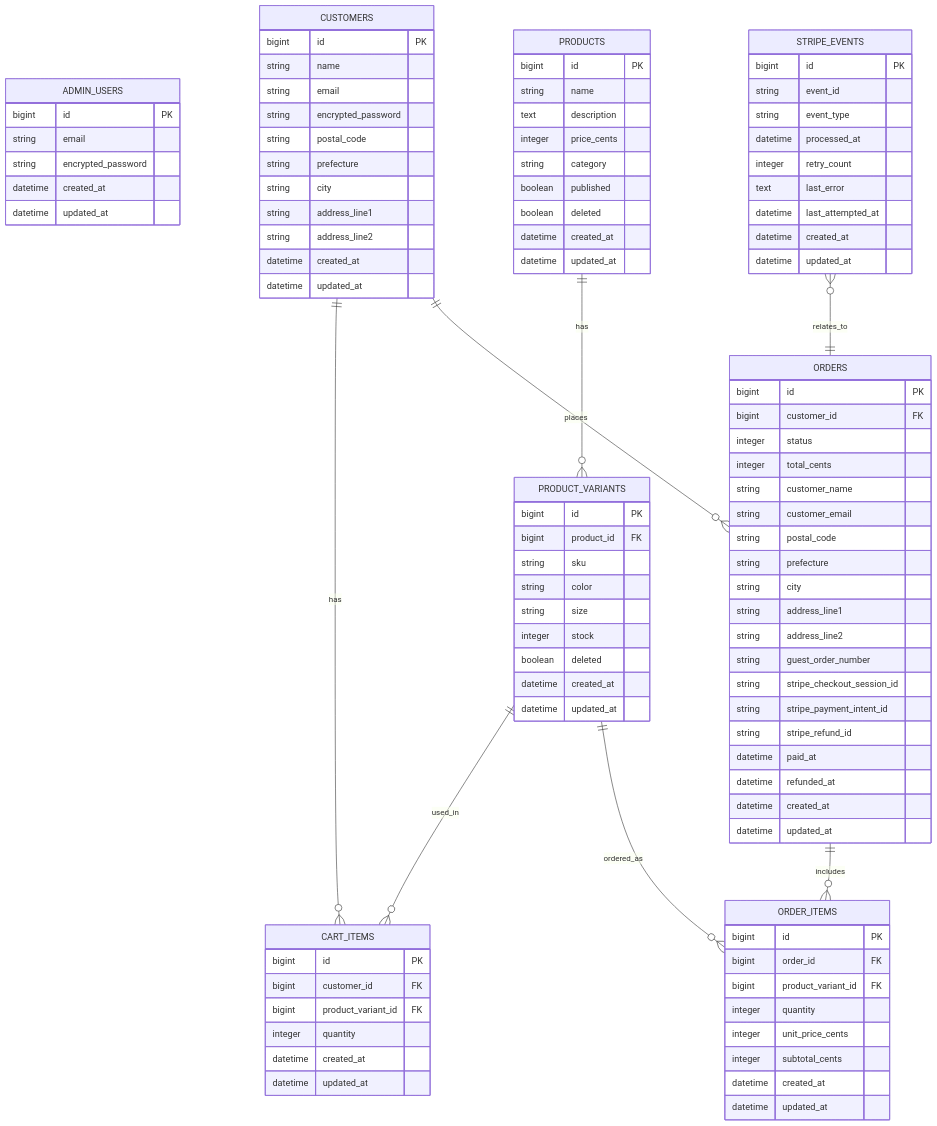
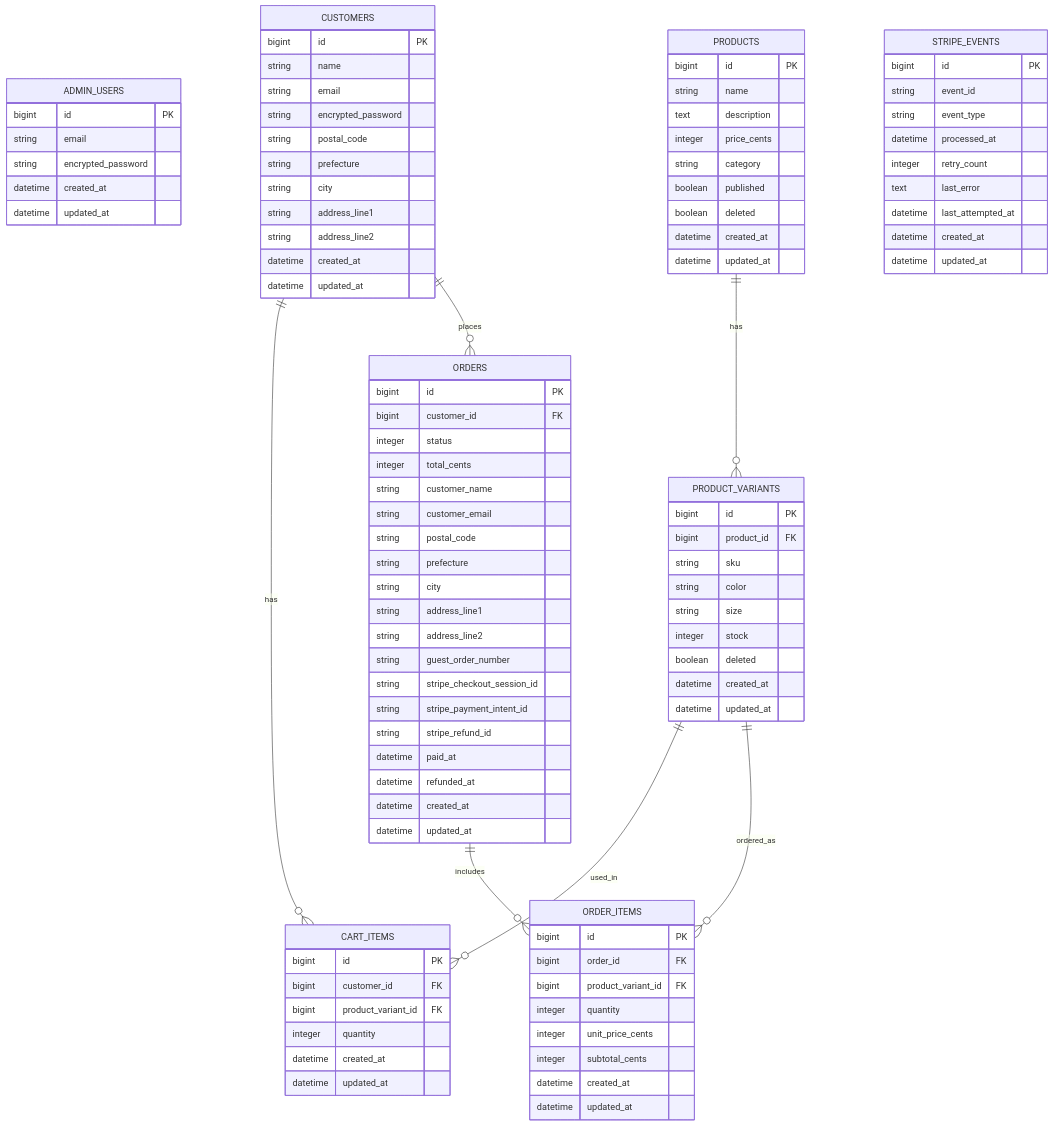
One commit to Violetlotus529/shop-app changed the diagram in README.md. Above: the diagram before and after it, drawn with Mermaid. The commit also changed other lines of this file, not shown here.

````diff
--- a/README.md
+++ b/README.md
@@ -824,5 +824,4 @@
   CUSTOMERS ||--o{ ORDERS : places
   ORDERS ||--o{ ORDER_ITEMS : includes
   PRODUCT_VARIANTS ||--o{ ORDER_ITEMS : ordered_as
-  STRIPE_EVENTS }o--|| ORDERS : relates_to
 ```
````
